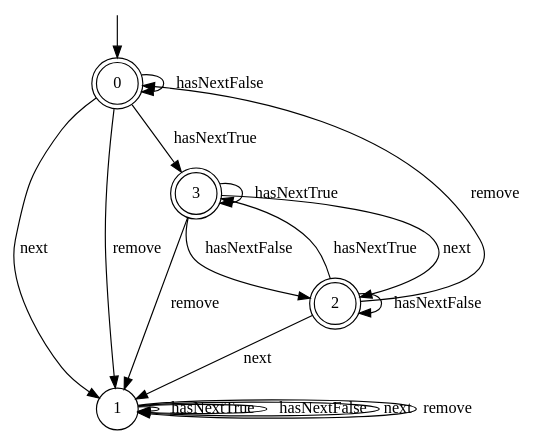
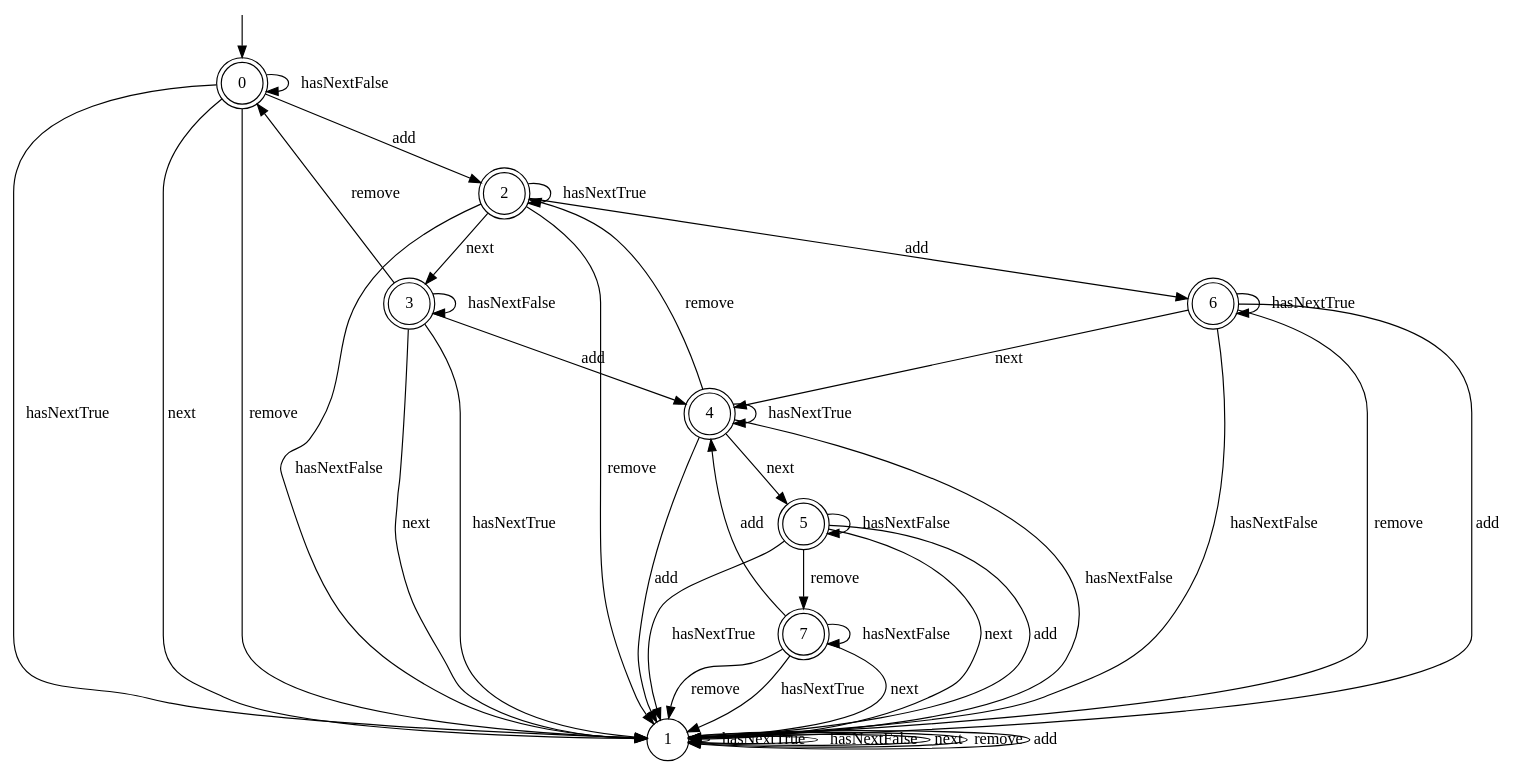
One commit to rasofema/fyp-specification-miner changed the diagram in hyp.dot. Above: the diagram before and after it, drawn with Graphviz. The commit also changed 2 other files, not shown here.

```diff
--- a/hyp.dot
+++ b/hyp.dot
@@ -1,27 +1,55 @@
 digraph g {
 
 	s0 [shape="doublecircle" label="0"];
 	s1 [shape="circle" label="1"];
 	s2 [shape="doublecircle" label="2"];
 	s3 [shape="doublecircle" label="3"];
-	s0 -> s3 [label="hasNextTrue"];
+	s4 [shape="doublecircle" label="4"];
+	s5 [shape="doublecircle" label="5"];
+	s6 [shape="doublecircle" label="6"];
+	s7 [shape="doublecircle" label="7"];
+	s0 -> s1 [label="hasNextTrue"];
 	s0 -> s0 [label="hasNextFalse"];
 	s0 -> s1 [label="next"];
 	s0 -> s1 [label="remove"];
+	s0 -> s2 [label="add"];
 	s1 -> s1 [label="hasNextTrue"];
 	s1 -> s1 [label="hasNextFalse"];
 	s1 -> s1 [label="next"];
 	s1 -> s1 [label="remove"];
-	s2 -> s3 [label="hasNextTrue"];
-	s2 -> s2 [label="hasNextFalse"];
-	s2 -> s1 [label="next"];
-	s2 -> s0 [label="remove"];
-	s3 -> s3 [label="hasNextTrue"];
-	s3 -> s2 [label="hasNextFalse"];
-	s3 -> s2 [label="next"];
-	s3 -> s1 [label="remove"];
+	s1 -> s1 [label="add"];
+	s2 -> s2 [label="hasNextTrue"];
+	s2 -> s1 [label="hasNextFalse"];
+	s2 -> s3 [label="next"];
+	s2 -> s1 [label="remove"];
+	s2 -> s6 [label="add"];
+	s3 -> s1 [label="hasNextTrue"];
+	s3 -> s3 [label="hasNextFalse"];
+	s3 -> s1 [label="next"];
+	s3 -> s0 [label="remove"];
+	s3 -> s4 [label="add"];
+	s4 -> s4 [label="hasNextTrue"];
+	s4 -> s1 [label="hasNextFalse"];
+	s4 -> s5 [label="next"];
+	s4 -> s2 [label="remove"];
+	s4 -> s1 [label="add"];
+	s5 -> s1 [label="hasNextTrue"];
+	s5 -> s5 [label="hasNextFalse"];
+	s5 -> s1 [label="next"];
+	s5 -> s7 [label="remove"];
+	s5 -> s1 [label="add"];
+	s6 -> s6 [label="hasNextTrue"];
+	s6 -> s1 [label="hasNextFalse"];
+	s6 -> s4 [label="next"];
+	s6 -> s1 [label="remove"];
+	s6 -> s1 [label="add"];
+	s7 -> s1 [label="hasNextTrue"];
+	s7 -> s7 [label="hasNextFalse"];
+	s7 -> s1 [label="next"];
+	s7 -> s1 [label="remove"];
+	s7 -> s4 [label="add"];
 
 __start0 [label="" shape="none" width="0" height="0"];
 __start0 -> s0;
 
 }
```
